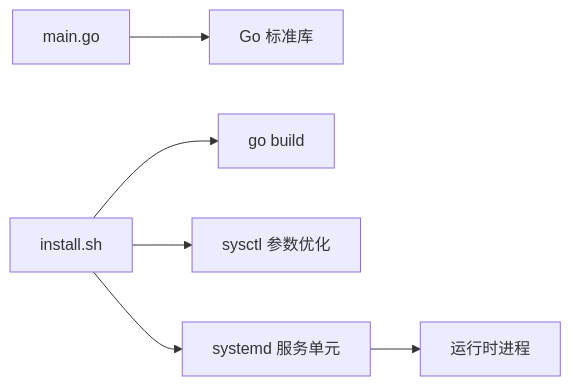
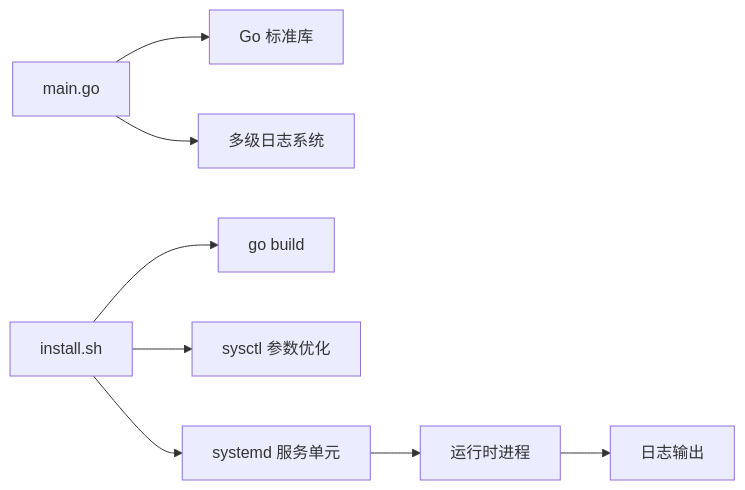
The fourth of 4 diagrams in .qoder/repowiki/zh/content/项目概述.md (chuwang9964/ipv6-proxy-pool), drawn with Mermaid before and after one commit. The commit also changed other lines of this file and 22 other files, not shown here.

````diff
--- a/.qoder/repowiki/zh/content/项目概述.md
+++ b/.qoder/repowiki/zh/content/项目概述.md
@@ -216,8 +286,10 @@
 ```mermaid
 graph LR
 Main["main.go"] --> Stdlib["Go 标准库"]
+Main --> LogSys["多级日志系统"]
 Install["install.sh"] --> Build["go build"]
 Install --> Sysctl["sysctl 参数优化"]
 Install --> Service["systemd 服务单元"]
 Service --> Runtime["运行时进程"]
+Runtime --> LogOutput["日志输出"]
 ```
````
